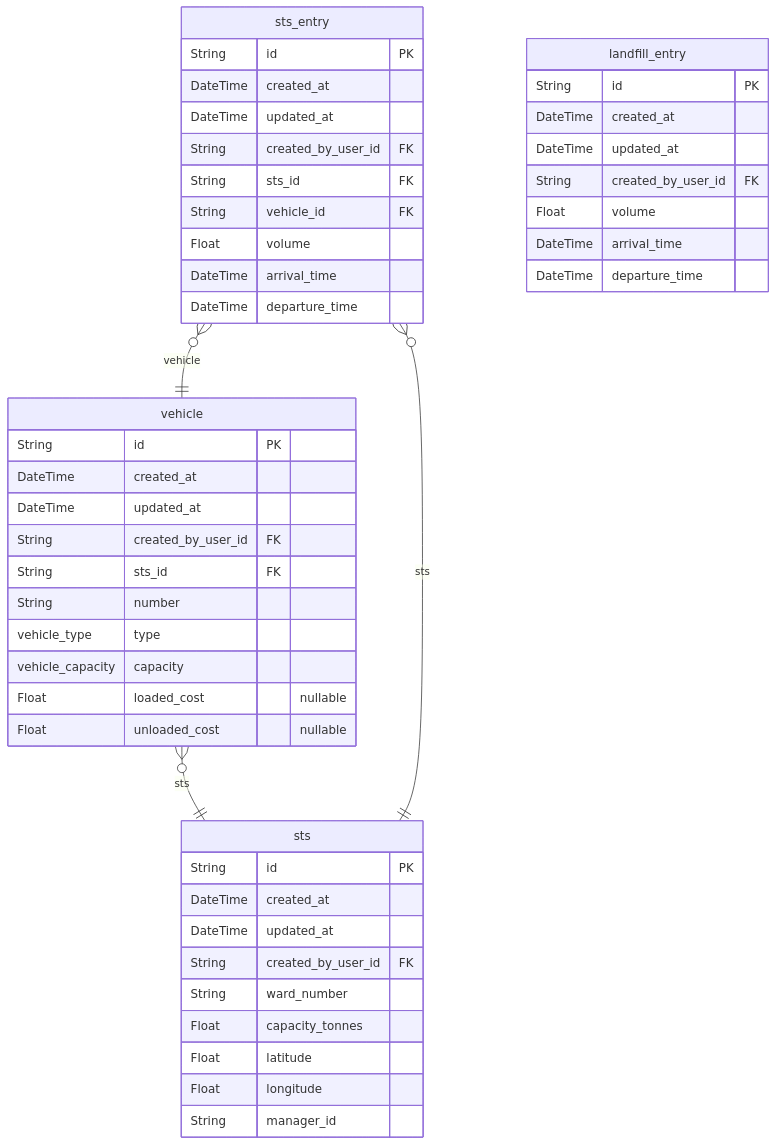
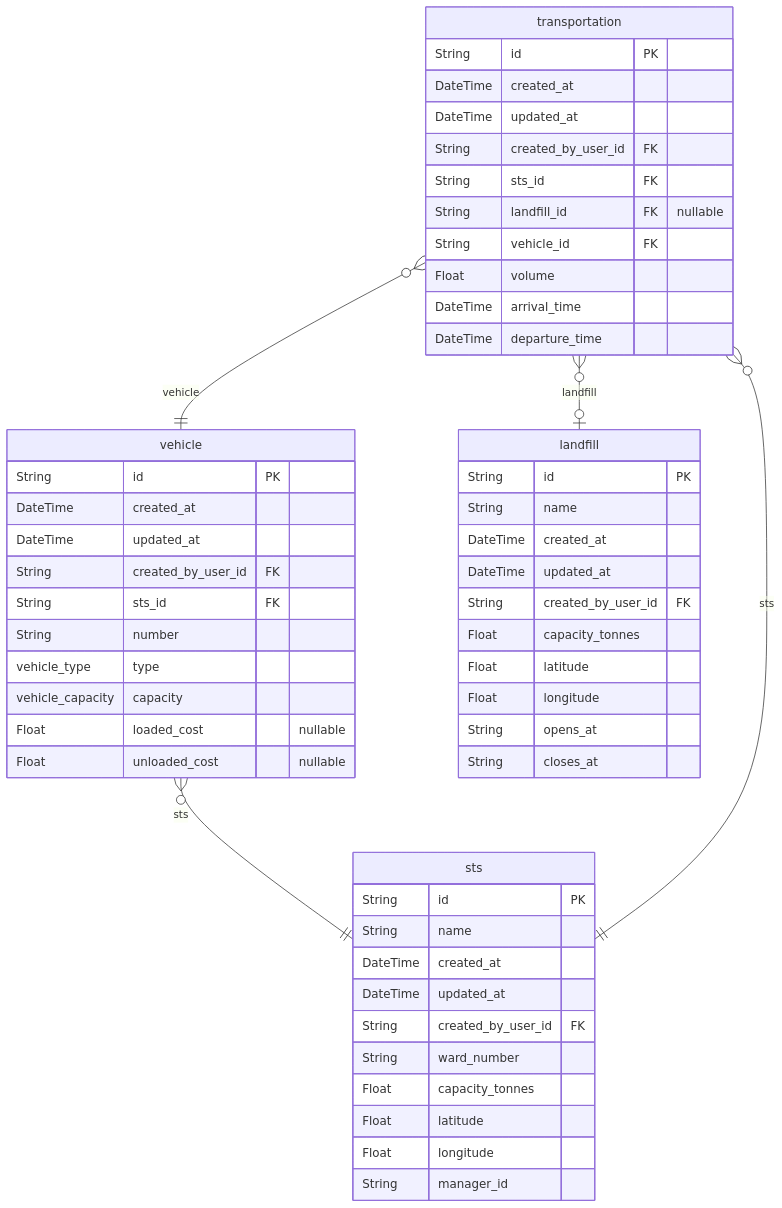
One commit to nurulhudaapon/codesamurai-final changed the second of 2 diagrams in packages/db/README.md. Above: the diagram before and after it, drawn with Mermaid. The commit also changed other lines of this file and 24 other files, not shown here.

Commit message:
feat: transportation and landfill

````diff
--- a/packages/db/README.md
+++ b/packages/db/README.md
@@ -110,49 +98,55 @@
 ```mermaid
 erDiagram
 "vehicle" {
   String id PK
   DateTime created_at
   DateTime updated_at
   String created_by_user_id FK
   String sts_id FK
   String number
   vehicle_type type
   vehicle_capacity capacity
   Float loaded_cost "nullable"
   Float unloaded_cost "nullable"
 }
 "sts" {
   String id PK
+  String name
   DateTime created_at
   DateTime updated_at
   String created_by_user_id FK
   String ward_number
   Float capacity_tonnes
   Float latitude
   Float longitude
   String manager_id
 }
-"sts_entry" {
+"landfill" {
+  String id PK
+  String name
+  DateTime created_at
+  DateTime updated_at
+  String created_by_user_id FK
+  Float capacity_tonnes
+  Float latitude
+  Float longitude
+  String opens_at
+  String closes_at
+}
+"transportation" {
   String id PK
   DateTime created_at
   DateTime updated_at
   String created_by_user_id FK
   String sts_id FK
+  String landfill_id FK "nullable"
   String vehicle_id FK
   Float volume
   DateTime arrival_time
   DateTime departure_time
 }
-"landfill_entry" {
-  String id PK
-  DateTime created_at
-  DateTime updated_at
-  String created_by_user_id FK
-  Float volume
-  DateTime arrival_time
-  DateTime departure_time
-}
 "vehicle" }o--|| "sts" : sts
-"sts_entry" }o--|| "sts" : sts
-"sts_entry" }o--|| "vehicle" : vehicle
+"transportation" }o--|| "sts" : sts
+"transportation" }o--o| "landfill" : landfill
+"transportation" }o--|| "vehicle" : vehicle
 ```
````
